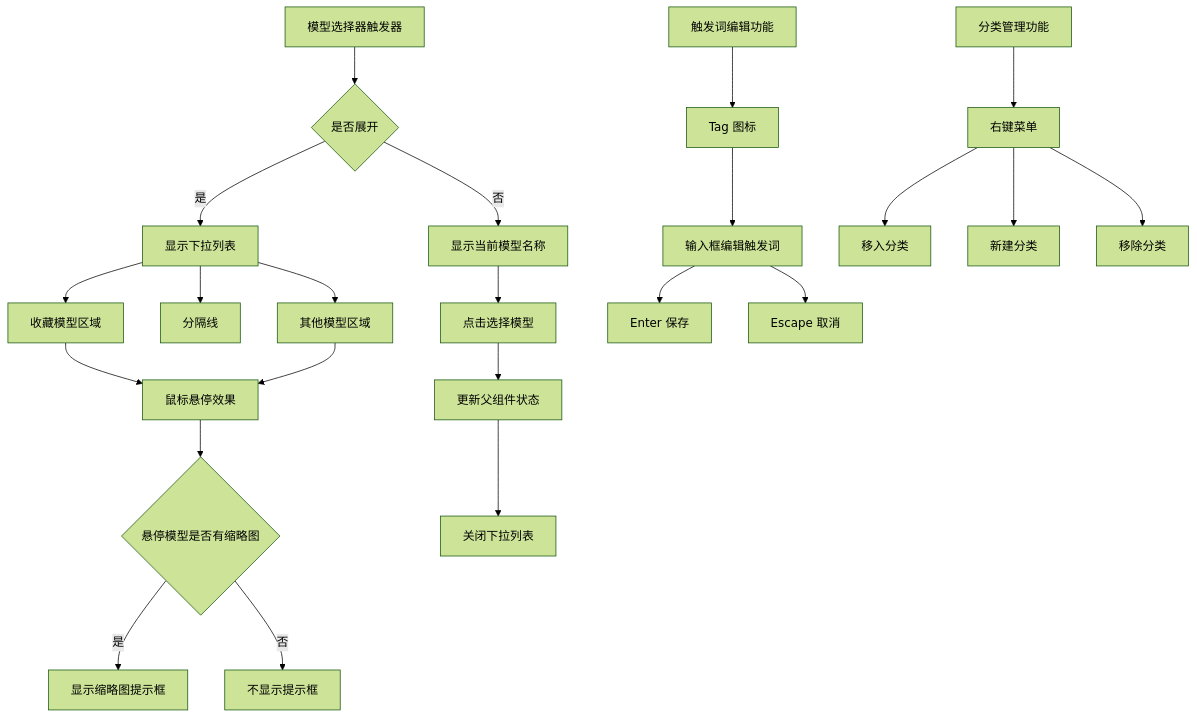
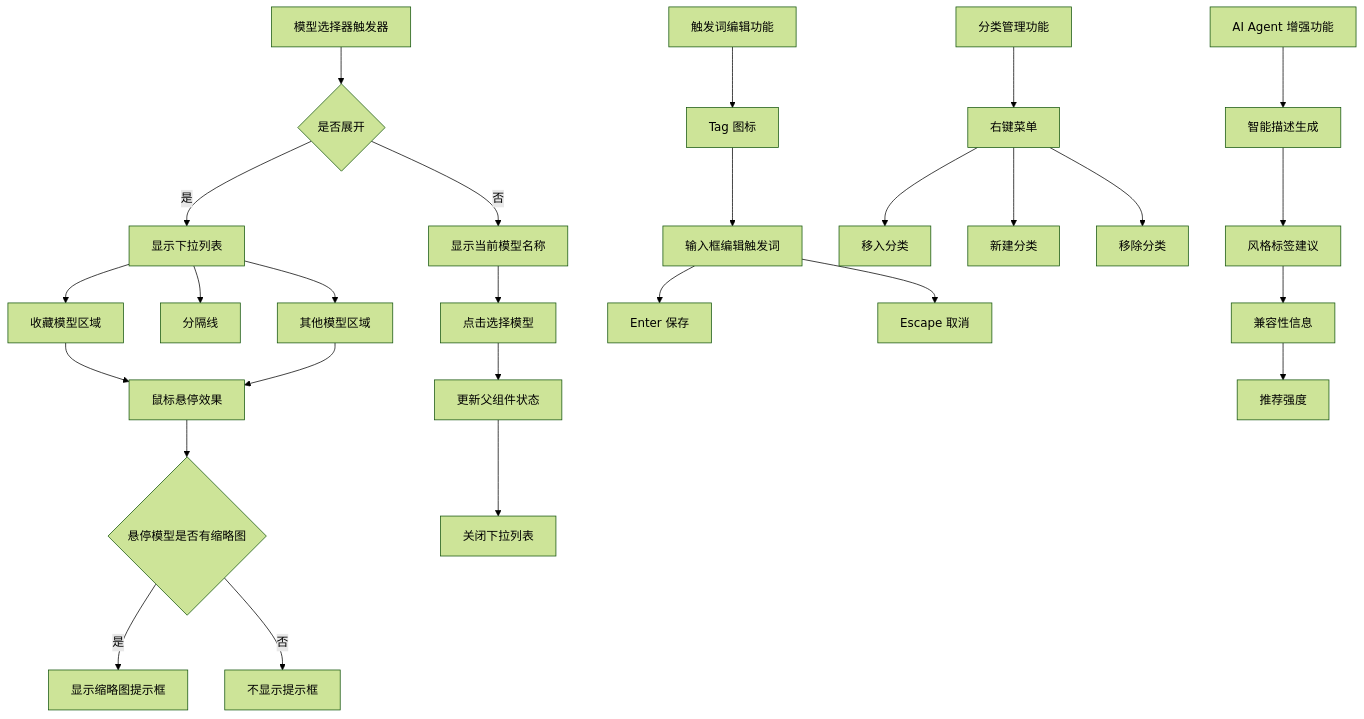
The fifth of 18 diagrams in .qoder/repowiki/zh/content/前端应用/模型元数据管理.md (billye220670/CorineKit_Pix2Real), drawn with Mermaid (forest theme) before and after one commit. The commit also changed other lines of this file and 20 other files, not shown here.

````diff
--- a/.qoder/repowiki/zh/content/前端应用/模型元数据管理.md
+++ b/.qoder/repowiki/zh/content/前端应用/模型元数据管理.md
@@ -257,25 +284,29 @@
 ```mermaid
 flowchart TD
 A[模型选择器触发器] --> B{是否展开}
 B --> |否| C[显示当前模型名称]
 B --> |是| D[显示下拉列表]
 D --> E[收藏模型区域]
 D --> F[分隔线]
 D --> G[其他模型区域]
 E --> H[鼠标悬停效果]
 G --> H
 H --> I{悬停模型是否有缩略图}
 I --> |是| J[显示缩略图提示框]
 I --> |否| K[不显示提示框]
 C --> L[点击选择模型]
 L --> M[更新父组件状态]
 M --> N[关闭下拉列表]
 O[触发词编辑功能] --> P[Tag 图标]
 P --> Q[输入框编辑触发词]
 Q --> R[Enter 保存]
 Q --> S[Escape 取消]
 T[分类管理功能] --> U[右键菜单]
 U --> V[移入分类]
 U --> W[新建分类]
 U --> X[移除分类]
+Y[AI Agent 增强功能] --> Z[智能描述生成]
+Z --> AA[风格标签建议]
+AA --> AB[兼容性信息]
+AB --> AC[推荐强度]
 ```
````
